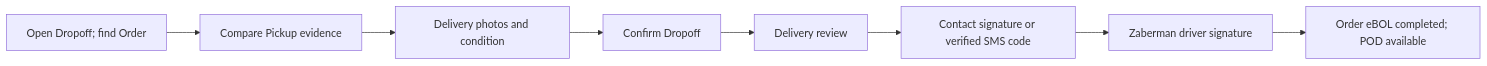
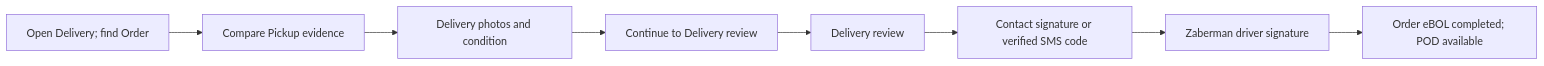
Before and after one commit to yarsuleimenov-code/Mobile_app: the third of 4 diagrams in docs/mobile-app/business-overview.md, drawn with Mermaid. The commit also changed other lines of this file and 42 other files, not shown here.

Commit message:
Improve Pickup and Delivery order details

````diff
--- a/docs/mobile-app/business-overview.md
+++ b/docs/mobile-app/business-overview.md
@@ -73,10 +73,10 @@
 ```mermaid
 flowchart LR
-  A["Open Dropoff; find Order"] --> B["Compare Pickup evidence"]
+  A["Open Delivery; find Order"] --> B["Compare Pickup evidence"]
   B --> C["Delivery photos and condition"]
-  C --> D["Confirm Dropoff"]
+  C --> D["Continue to Delivery review"]
   D --> E["Delivery review"]
   E --> F["Contact signature or verified SMS code"]
   F --> G["Zaberman driver signature"]
   G --> H["Order eBOL completed; POD available"]
 ```
````
